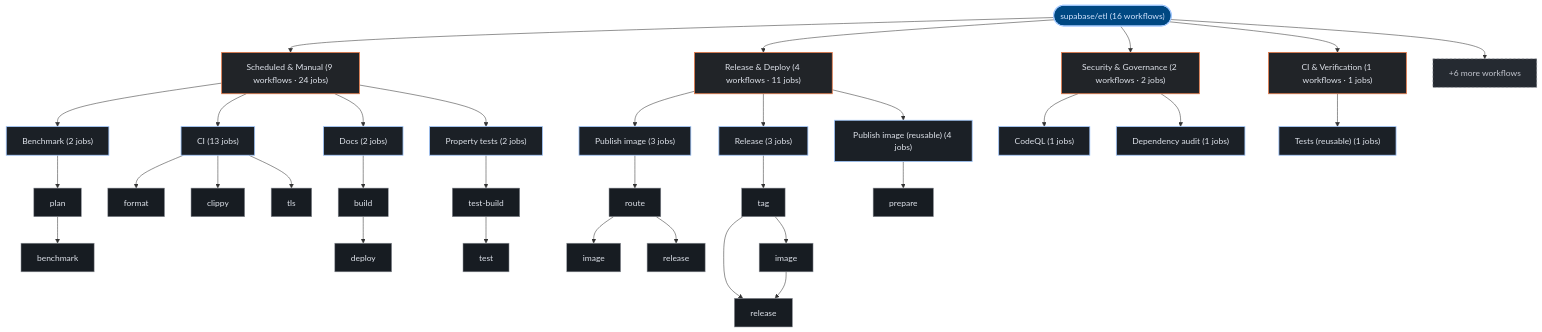
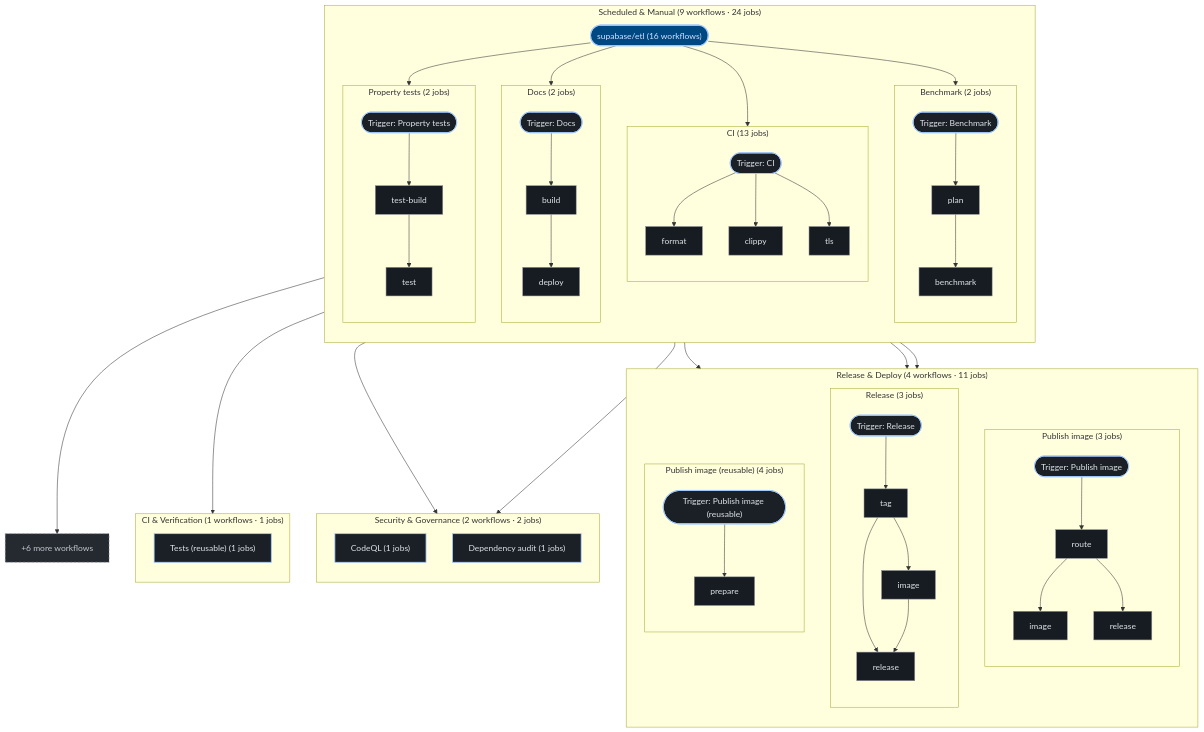
Before and after one commit to kumarshaz/atruss-code-atlas: the third of 3 diagrams in exports/latest/reports/supabase-etl-report.md, drawn with Mermaid. The commit also changed 181 other files, not shown here.

````diff
--- a/exports/latest/reports/supabase-etl-report.md
+++ b/exports/latest/reports/supabase-etl-report.md
@@ -329,67 +329,92 @@
   classDef atlasAlert fill:#93000a,stroke:#ffb4ab,stroke-width:1.5px,color:#ffdad6
   classDef atlasMore fill:#252a31,stroke:#8d9199,stroke-dasharray:4 4,color:#c3c6cf
   pipeline_root(["supabase/etl (16 workflows)"]):::atlasRoot
-  grp_0_Scheduled___Manual["Scheduled & Manual (9 workflows · 24 jobs)"]:::atlasCategory
-  pipeline_root --> grp_0_Scheduled___Manual
-  wf_0_Benchmark["Benchmark (2 jobs)"]:::atlasWorkflow
-  grp_0_Scheduled___Manual --> wf_0_Benchmark
-  job_0_plan["plan"]:::atlasJob
-  job_0_benchmark["benchmark"]:::atlasJob
-  wf_0_Benchmark --> job_0_plan
-  job_0_plan --> job_0_benchmark
-  wf_3_CI["CI (13 jobs)"]:::atlasWorkflow
-  grp_0_Scheduled___Manual --> wf_3_CI
-  job_3_format["format"]:::atlasJob
-  job_3_clippy["clippy"]:::atlasJob
-  job_3_tls["tls"]:::atlasJob
-  wf_3_CI --> job_3_format
-  wf_3_CI --> job_3_clippy
-  wf_3_CI --> job_3_tls
-  wf_6_Docs["Docs (2 jobs)"]:::atlasWorkflow
-  grp_0_Scheduled___Manual --> wf_6_Docs
-  job_6_build["build"]:::atlasJob
-  job_6_deploy["deploy"]:::atlasJob
-  wf_6_Docs --> job_6_build
-  job_6_build --> job_6_deploy
-  wf_10_Property_tests["Property tests (2 jobs)"]:::atlasWorkflow
-  grp_0_Scheduled___Manual --> wf_10_Property_tests
-  job_10_test_build["test-build"]:::atlasJob
-  job_10_test["test"]:::atlasJob
-  wf_10_Property_tests --> job_10_test_build
-  job_10_test_build --> job_10_test
-  grp_1_Release___Deploy["Release & Deploy (4 workflows · 11 jobs)"]:::atlasCategory
-  pipeline_root --> grp_1_Release___Deploy
-  wf_11_Publish_image["Publish image (3 jobs)"]:::atlasWorkflow
-  grp_1_Release___Deploy --> wf_11_Publish_image
-  job_11_route["route"]:::atlasJob
-  job_11_image["image"]:::atlasJob
-  job_11_release["release"]:::atlasJob
-  wf_11_Publish_image --> job_11_route
-  job_11_route --> job_11_image
-  job_11_route --> job_11_release
-  wf_12_Release["Release (3 jobs)"]:::atlasWorkflow
-  grp_1_Release___Deploy --> wf_12_Release
-  job_12_tag["tag"]:::atlasJob
-  job_12_image["image"]:::atlasJob
-  job_12_release["release"]:::atlasJob
-  wf_12_Release --> job_12_tag
-  job_12_tag --> job_12_image
-  job_12_tag --> job_12_release
-  job_12_image --> job_12_release
-  wf_13_Publish_image__reusable_["Publish image (reusable) (4 jobs)"]:::atlasWorkflow
-  grp_1_Release___Deploy --> wf_13_Publish_image__reusable_
-  job_13_prepare["prepare"]:::atlasJob
-  wf_13_Publish_image__reusable_ --> job_13_prepare
-  grp_2_Security___Governance["Security & Governance (2 workflows · 2 jobs)"]:::atlasCategory
-  pipeline_root --> grp_2_Security___Governance
-  wf_4_CodeQL["CodeQL (1 jobs)"]:::atlasWorkflow
-  grp_2_Security___Governance --> wf_4_CodeQL
-  wf_5_Dependency_audit["Dependency audit (1 jobs)"]:::atlasWorkflow
-  grp_2_Security___Governance --> wf_5_Dependency_audit
-  grp_3_CI___Verification["CI & Verification (1 workflows · 1 jobs)"]:::atlasCategory
-  pipeline_root --> grp_3_CI___Verification
-  wf_14_Tests__reusable_["Tests (reusable) (1 jobs)"]:::atlasWorkflow
-  grp_3_CI___Verification --> wf_14_Tests__reusable_
+  subgraph sg_grp_0_Scheduled___Manual["Scheduled & Manual (9 workflows · 24 jobs)"]
+    direction TB
+    subgraph sg_wf_0_Benchmark["Benchmark (2 jobs)"]
+      direction TB
+      wf_0_Benchmark(["Trigger: Benchmark"]):::atlasWorkflow
+      job_0_plan["plan"]:::atlasJob
+      job_0_benchmark["benchmark"]:::atlasJob
+      wf_0_Benchmark --> job_0_plan
+      job_0_plan --> job_0_benchmark
+    end
+    pipeline_root --> wf_0_Benchmark
+    subgraph sg_wf_3_CI["CI (13 jobs)"]
+      direction TB
+      wf_3_CI(["Trigger: CI"]):::atlasWorkflow
+      job_3_format["format"]:::atlasJob
+      job_3_clippy["clippy"]:::atlasJob
+      job_3_tls["tls"]:::atlasJob
+      wf_3_CI --> job_3_format
+      wf_3_CI --> job_3_clippy
+      wf_3_CI --> job_3_tls
+    end
+    pipeline_root --> wf_3_CI
+    subgraph sg_wf_6_Docs["Docs (2 jobs)"]
+      direction TB
+      wf_6_Docs(["Trigger: Docs"]):::atlasWorkflow
+      job_6_build["build"]:::atlasJob
+      job_6_deploy["deploy"]:::atlasJob
+      wf_6_Docs --> job_6_build
+      job_6_build --> job_6_deploy
+    end
+    pipeline_root --> wf_6_Docs
+    subgraph sg_wf_10_Property_tests["Property tests (2 jobs)"]
+      direction TB
+      wf_10_Property_tests(["Trigger: Property tests"]):::atlasWorkflow
+      job_10_test_build["test-build"]:::atlasJob
+      job_10_test["test"]:::atlasJob
+      wf_10_Property_tests --> job_10_test_build
+      job_10_test_build --> job_10_test
+    end
+    pipeline_root --> wf_10_Property_tests
+  end
+  subgraph sg_grp_1_Release___Deploy["Release & Deploy (4 workflows · 11 jobs)"]
+    direction TB
+    subgraph sg_wf_11_Publish_image["Publish image (3 jobs)"]
+      direction TB
+      wf_11_Publish_image(["Trigger: Publish image"]):::atlasWorkflow
+      job_11_route["route"]:::atlasJob
+      job_11_image["image"]:::atlasJob
+      job_11_release["release"]:::atlasJob
+      wf_11_Publish_image --> job_11_route
+      job_11_route --> job_11_image
+      job_11_route --> job_11_release
+    end
+    pipeline_root --> wf_11_Publish_image
+    subgraph sg_wf_12_Release["Release (3 jobs)"]
+      direction TB
+      wf_12_Release(["Trigger: Release"]):::atlasWorkflow
+      job_12_tag["tag"]:::atlasJob
+      job_12_image["image"]:::atlasJob
+      job_12_release["release"]:::atlasJob
+      wf_12_Release --> job_12_tag
+      job_12_tag --> job_12_image
+      job_12_tag --> job_12_release
+      job_12_image --> job_12_release
+    end
+    pipeline_root --> wf_12_Release
+    subgraph sg_wf_13_Publish_image__reusable_["Publish image (reusable) (4 jobs)"]
+      direction TB
+      wf_13_Publish_image__reusable_(["Trigger: Publish image (reusable)"]):::atlasWorkflow
+      job_13_prepare["prepare"]:::atlasJob
+      wf_13_Publish_image__reusable_ --> job_13_prepare
+    end
+    pipeline_root --> wf_13_Publish_image__reusable_
+  end
+  subgraph sg_grp_2_Security___Governance["Security & Governance (2 workflows · 2 jobs)"]
+    direction TB
+    wf_4_CodeQL["CodeQL (1 jobs)"]:::atlasWorkflow
+    pipeline_root --> wf_4_CodeQL
+    wf_5_Dependency_audit["Dependency audit (1 jobs)"]:::atlasWorkflow
+    pipeline_root --> wf_5_Dependency_audit
+  end
+  subgraph sg_grp_3_CI___Verification["CI & Verification (1 workflows · 1 jobs)"]
+    direction TB
+    wf_14_Tests__reusable_["Tests (reusable) (1 jobs)"]:::atlasWorkflow
+    pipeline_root --> wf_14_Tests__reusable_
+  end
   wf_more["+6 more workflows"]:::atlasMore
   pipeline_root --> wf_more
 ```
````
